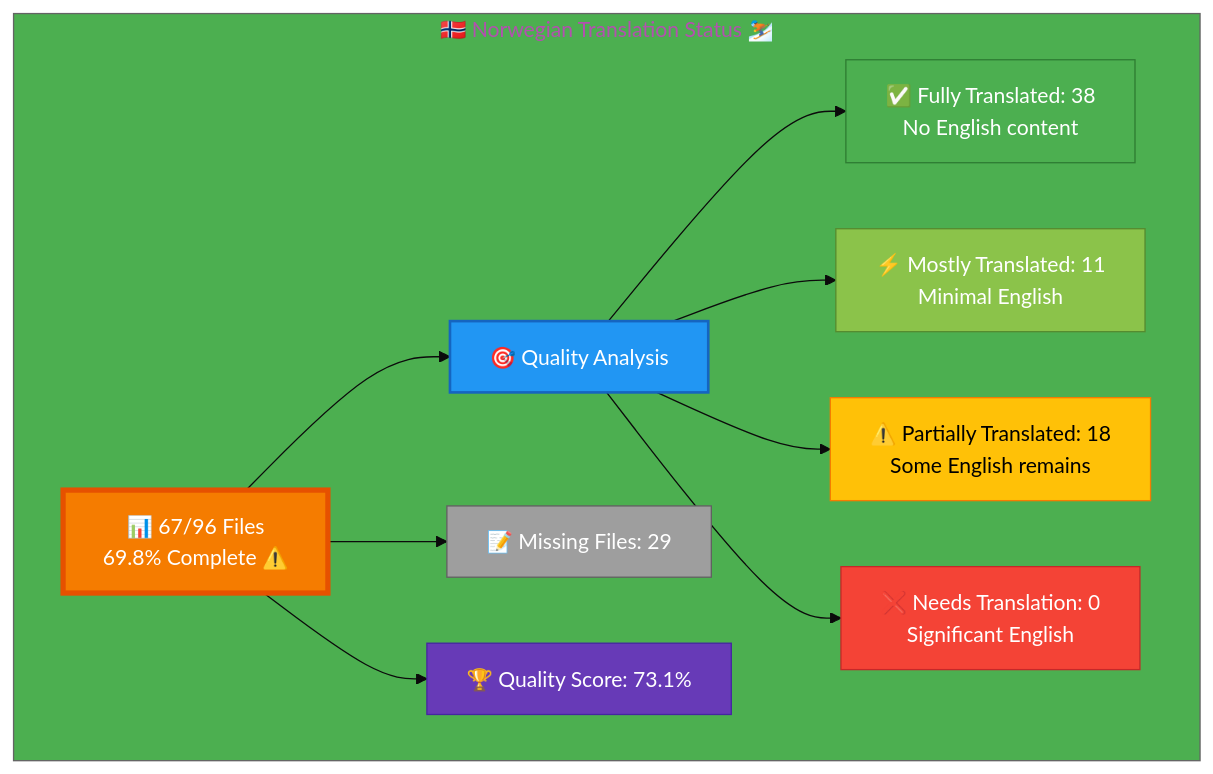
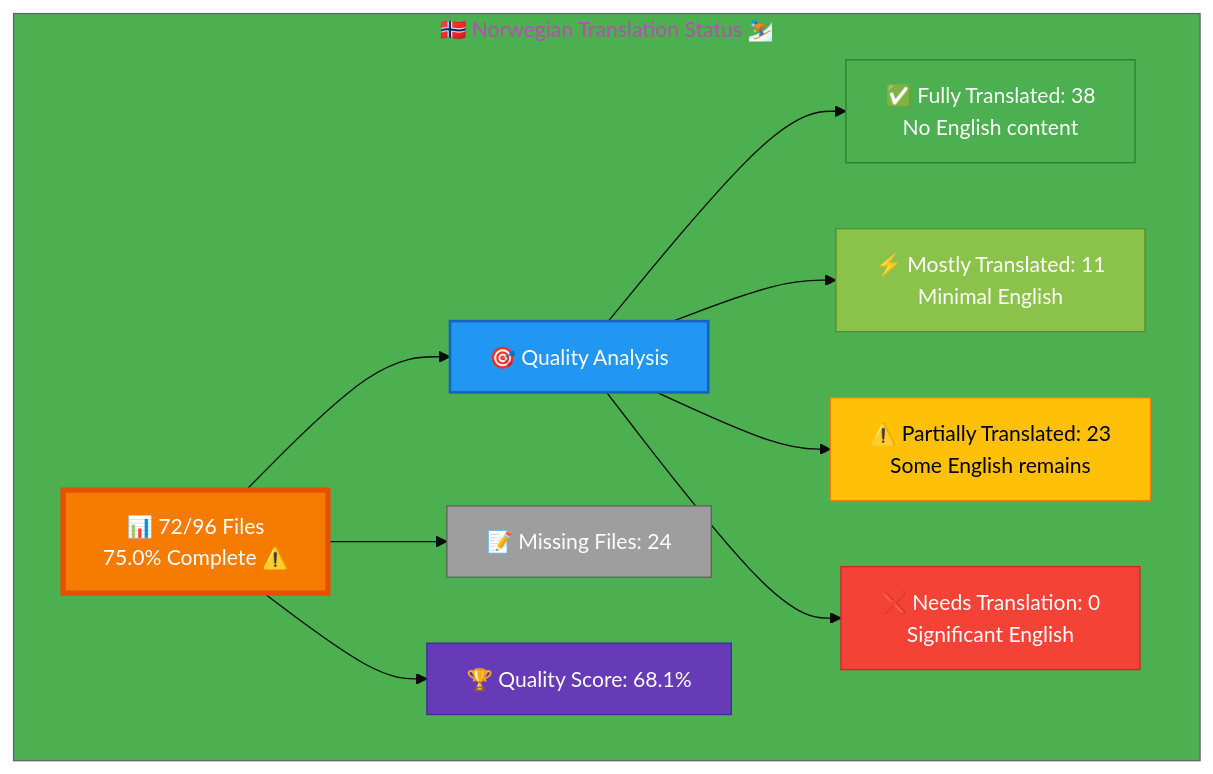
Before and after one commit to Hack23/homepage: the diagram in Norwegian-Translation-Status.md, drawn with Mermaid. The commit also changed other lines of this file and 2 other files, not shown here.

````diff
--- a/Norwegian-Translation-Status.md
+++ b/Norwegian-Translation-Status.md
@@ -12,26 +12,26 @@
 ```mermaid
 %%{init: {'theme':'base', 'themeVariables': {'primaryColor':'#F57C00','secondaryColor':'#2196F3','tertiaryColor':'#4CAF50','fontSize':'16px'}}}%%
 graph TB
     subgraph "🇳🇴 Norwegian Translation Status ⛷️"
-        A["📊 67/96 Files<br/>69.8% Complete ⚠️"]
+        A["📊 72/96 Files<br/>75.0% Complete ⚠️"]
         
         A --> B["🎯 Quality Analysis"]
         B --> C["✅ Fully Translated: 38<br/>No English content"]
         B --> D["⚡ Mostly Translated: 11<br/>Minimal English"]
-        B --> E["⚠️  Partially Translated: 18<br/>Some English remains"]
+        B --> E["⚠️  Partially Translated: 23<br/>Some English remains"]
         B --> F["❌ Needs Translation: 0<br/>Significant English"]
         
-        A --> G["📝 Missing Files: 29"]
+        A --> G["📝 Missing Files: 24"]
         
-        A --> H["🏆 Quality Score: 73.1%"]
+        A --> H["🏆 Quality Score: 68.1%"]
         
         style A fill:#F57C00,stroke:#E65100,color:#fff,stroke-width:4px
         style B fill:#2196F3,stroke:#1565C0,color:#fff,stroke-width:2px
         style C fill:#4CAF50,stroke:#2E7D32,color:#fff
         style D fill:#8BC34A,stroke:#558B2F,color:#fff
         style E fill:#FFC107,stroke:#F57C00,color:#000
         style F fill:#F44336,stroke:#C62828,color:#fff
         style G fill:#9E9E9E,stroke:#616161,color:#fff
         style H fill:#673AB7,stroke:#4527A0,color:#fff
     end
 ```
````
